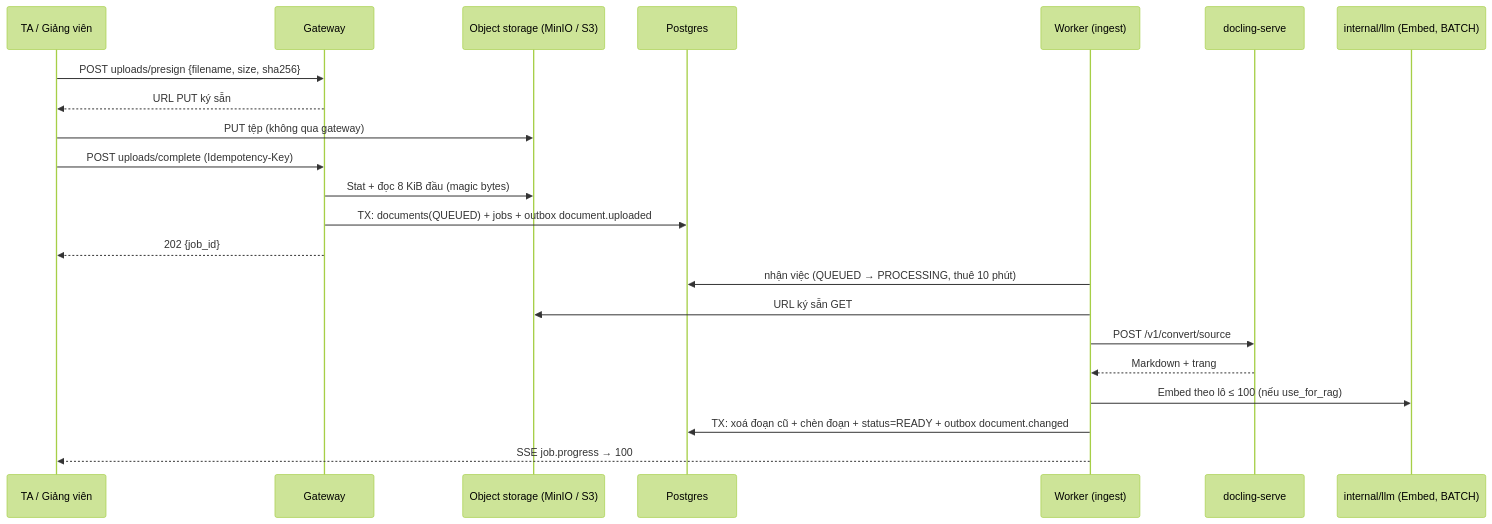
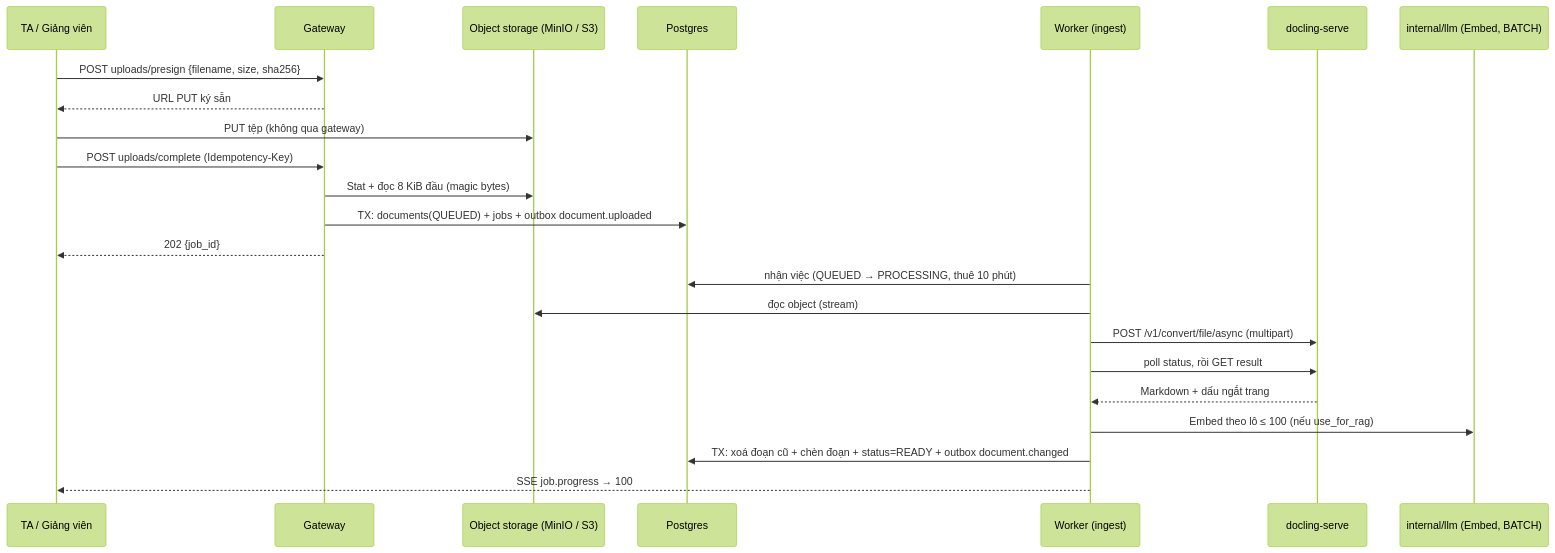
One commit to kagamikuro1024/EduPilot-v2 changed the first of 2 diagrams in docs/specs/FEAT-docs-calendar/SRS.md. Above: the diagram before and after it, drawn with Mermaid (forest theme). The commit also changed other lines of this file and 5 other files, not shown here.

````diff
--- a/docs/specs/FEAT-docs-calendar/SRS.md
+++ b/docs/specs/FEAT-docs-calendar/SRS.md
@@ -39,24 +41,25 @@
 ```mermaid
 sequenceDiagram
   participant T as TA / Giảng viên
   participant GW as Gateway
   participant OS as Object storage (MinIO / S3)
   participant DB as Postgres
   participant WK as Worker (ingest)
   participant DC as docling-serve
   participant LLM as internal/llm (Embed, BATCH)
   T->>GW: POST uploads/presign {filename, size, sha256}
   GW-->>T: URL PUT ký sẵn
   T->>OS: PUT tệp (không qua gateway)
   T->>GW: POST uploads/complete (Idempotency-Key)
   GW->>OS: Stat + đọc 8 KiB đầu (magic bytes)
   GW->>DB: TX: documents(QUEUED) + jobs + outbox document.uploaded
   GW-->>T: 202 {job_id}
   WK->>DB: nhận việc (QUEUED → PROCESSING, thuê 10 phút)
-  WK->>OS: URL ký sẵn GET
-  WK->>DC: POST /v1/convert/source
-  DC-->>WK: Markdown + trang
+  WK->>OS: đọc object (stream)
+  WK->>DC: POST /v1/convert/file/async (multipart)
+  WK->>DC: poll status, rồi GET result
+  DC-->>WK: Markdown + dấu ngắt trang
   WK->>LLM: Embed theo lô ≤ 100 (nếu use_for_rag)
   WK->>DB: TX: xoá đoạn cũ + chèn đoạn + status=READY + outbox document.changed
   WK-->>T: SSE job.progress → 100
 ```
````
